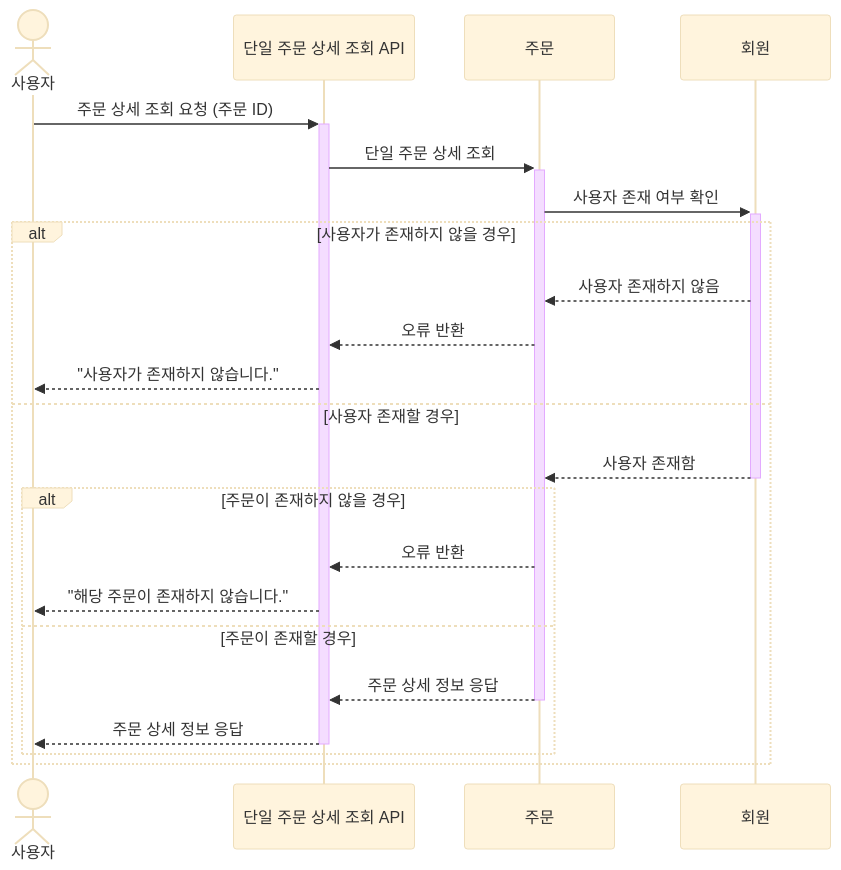
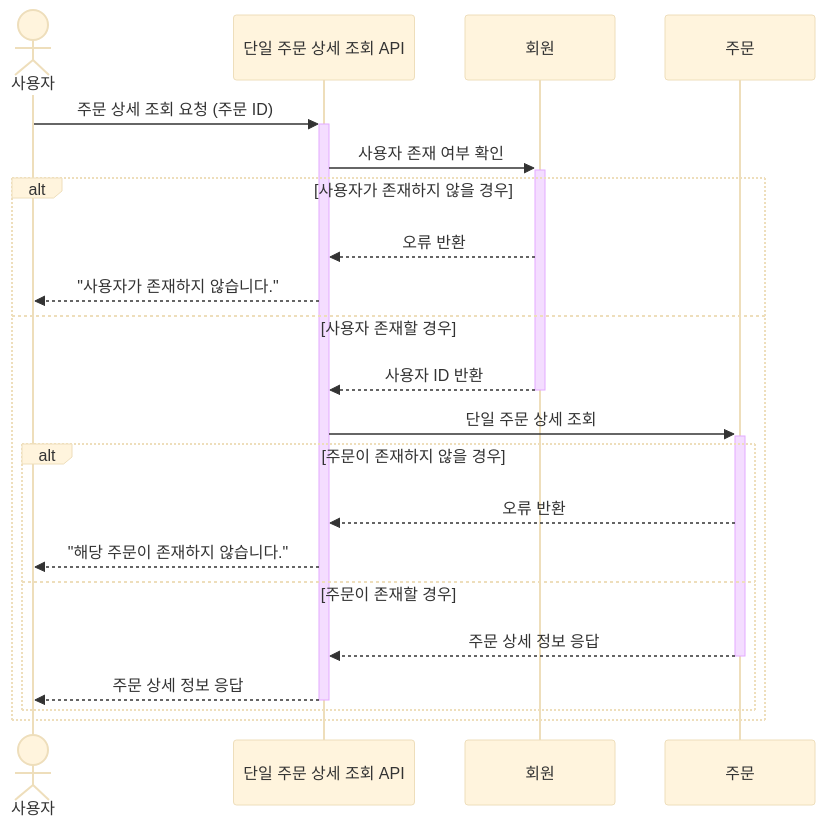
Before and after one commit to kodonghee/loopers-e-commerce: the eighth of 8 diagrams in docs/design/02-sequence-diagrams.md, drawn with Mermaid (base theme). The commit also changed other lines of this file, not shown here.

Commit message:
fix: 시퀀스 다이어그램 - 구조 변경

````diff
--- a/docs/design/02-sequence-diagrams.md
+++ b/docs/design/02-sequence-diagrams.md
@@ -246,27 +200,25 @@
 ```mermaid
 sequenceDiagram
 actor 사용자
 participant 단일 주문 상세 조회 API
+participant 회원
 participant 주문
-participant 회원
 
     사용자->>+단일 주문 상세 조회 API: 주문 상세 조회 요청 (주문 ID)
 
-    단일 주문 상세 조회 API->>+주문: 단일 주문 상세 조회
-    주문->>+회원: 사용자 존재 여부 확인
-
+    단일 주문 상세 조회 API->>+회원: 사용자 존재 여부 확인
     alt 사용자가 존재하지 않을 경우
-        회원-->>주문: 사용자 존재하지 않음
-        주문-->>단일 주문 상세 조회 API: 오류 반환
+        회원-->>단일 주문 상세 조회 API: 오류 반환
         단일 주문 상세 조회 API-->>사용자: "사용자가 존재하지 않습니다."
     else 사용자 존재할 경우
-        회원-->>-주문: 사용자 존재함
+        회원-->>-단일 주문 상세 조회 API: 사용자 ID 반환
+        단일 주문 상세 조회 API->>+주문: 단일 주문 상세 조회
         alt 주문이 존재하지 않을 경우
             주문-->>단일 주문 상세 조회 API: 오류 반환
             단일 주문 상세 조회 API-->>사용자: "해당 주문이 존재하지 않습니다."
         else 주문이 존재할 경우
             주문-->>-단일 주문 상세 조회 API: 주문 상세 정보 응답
             단일 주문 상세 조회 API-->>-사용자: 주문 상세 정보 응답
         end
     end
 ```
````
